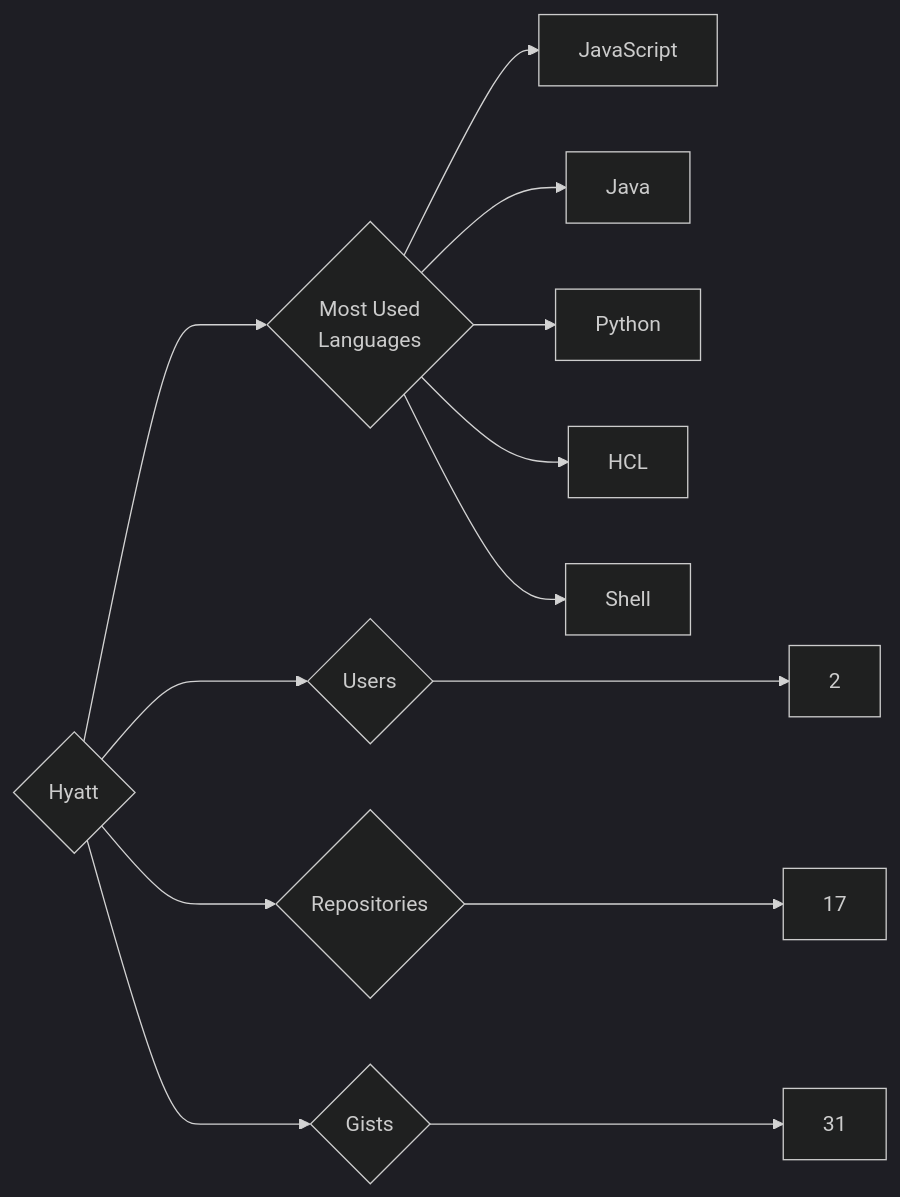
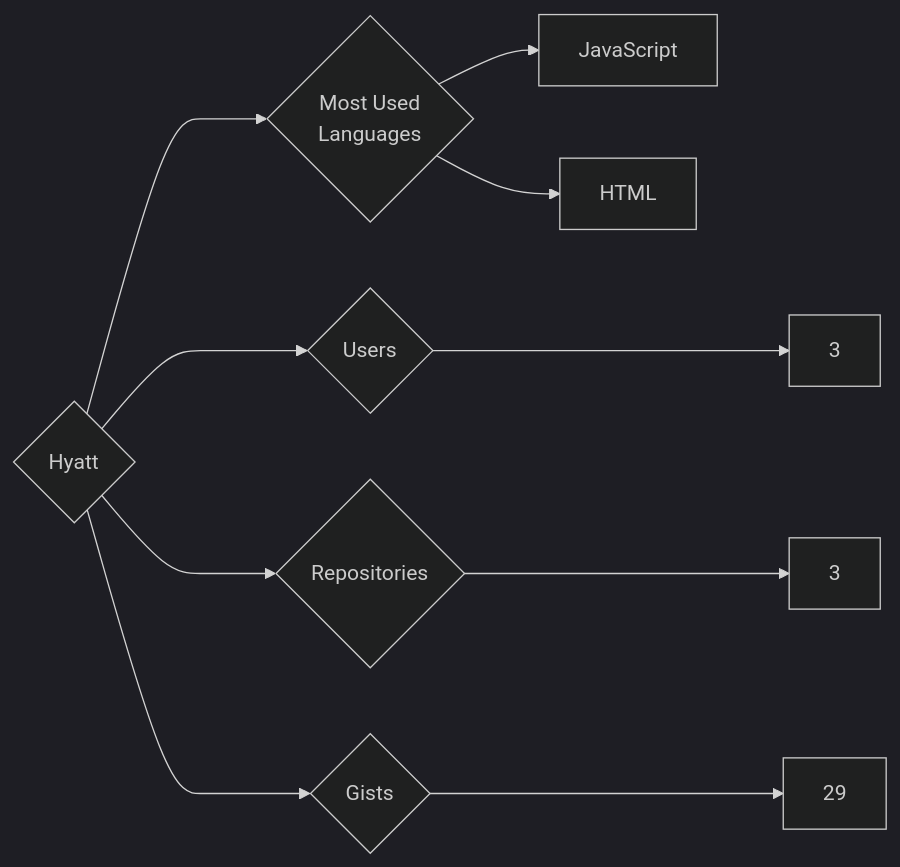
The diagram in targets/Hyatt/README.md (trickest/insiders), drawn with Mermaid (dark theme) before and after one commit. The commit also changed 1088 other files, not shown here.

````diff
--- a/targets/Hyatt/README.md
+++ b/targets/Hyatt/README.md
@@ -3,13 +3,10 @@
 ```mermaid
 graph LR
 COMPANY_NAME{Hyatt}
-COMPANY_NAME ---> U{Users} ---> UN[2]
-COMPANY_NAME ---> R{Repositories} ---> RN[17]
-COMPANY_NAME ---> G{Gists} ---> GN[31]
+COMPANY_NAME ---> U{Users} ---> UN[3]
+COMPANY_NAME ---> R{Repositories} ---> RN[3]
+COMPANY_NAME ---> G{Gists} ---> GN[29]
 COMPANY_NAME ---> ML{Most Used<br>Languages}
 ML --> JavaScript[JavaScript]
-ML --> Java[Java]
-ML --> Python[Python]
-ML --> HCL[HCL]
-ML --> Shell[Shell]
+ML --> HTML[HTML]
 ```
````
